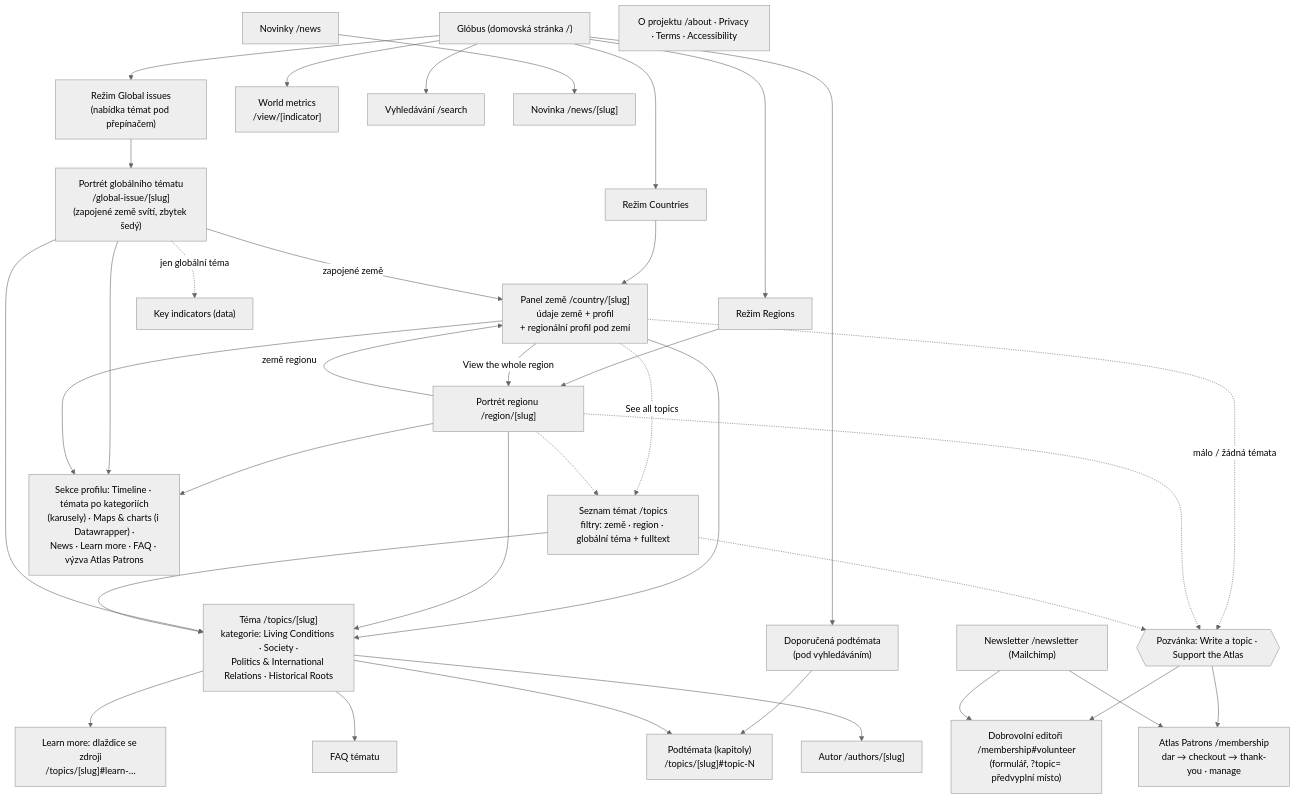
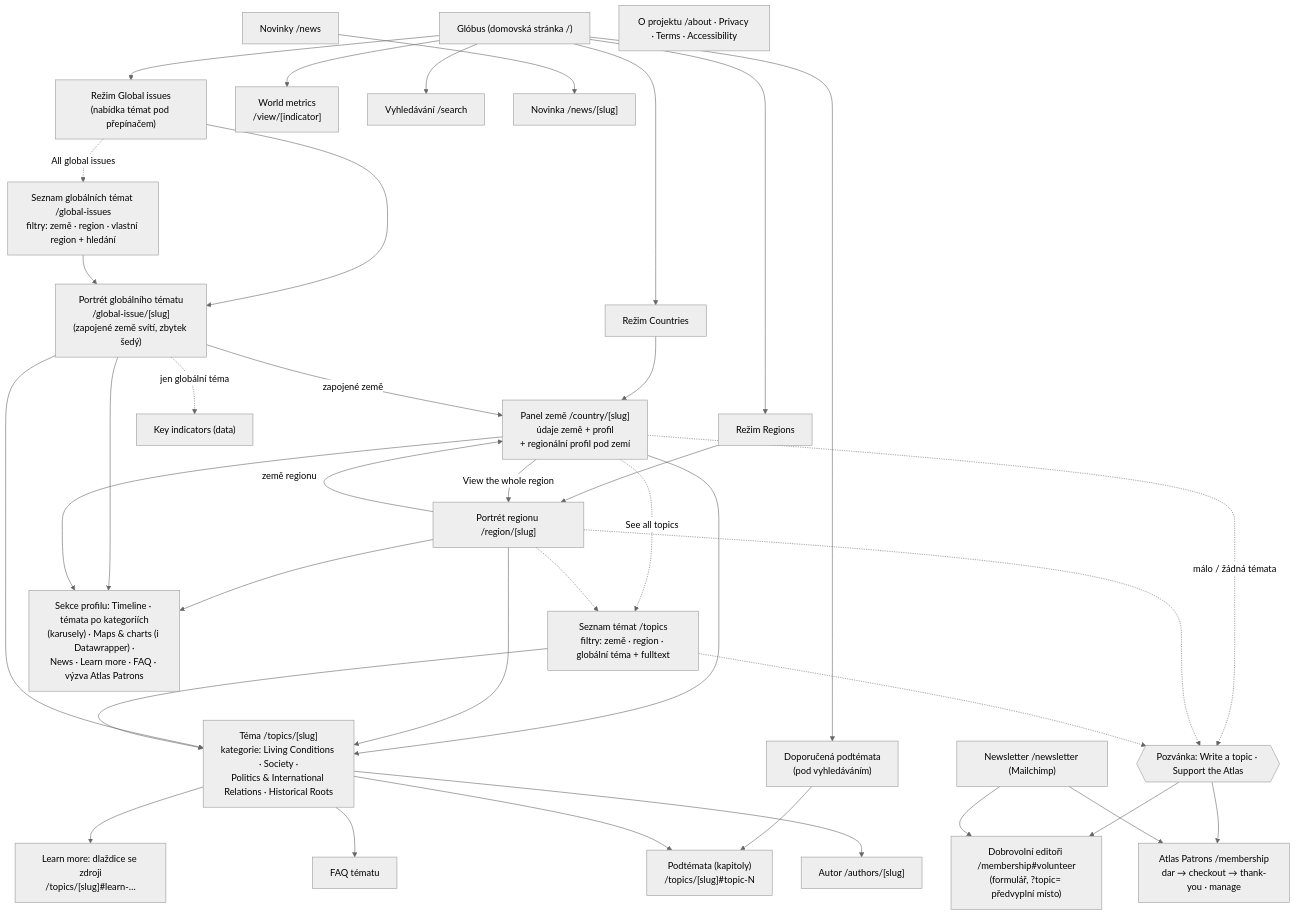
One commit to Atlas-of-Today-s-World/atlas-of-todays-world changed the first of 2 diagrams in docs/architecture/mapa-webu.md. Above: the diagram before and after it, drawn with Mermaid (neutral theme). The commit also changed other lines of this file and 36 other files, not shown here.

First line of the commit message:
feat: Global issues overview page, header item and whole-region assignment

````diff
--- a/docs/architecture/mapa-webu.md
+++ b/docs/architecture/mapa-webu.md
@@ -15,52 +15,54 @@
 ```mermaid
 flowchart TD
   Home["Glóbus (domovská stránka /)"]
   Home --> M1["Režim Countries"]
   Home --> M2["Režim Regions"]
   Home --> M3["Režim Global issues<br/>(nabídka témat pod přepínačem)"]
   Home --> Metrics["World metrics<br/>/view/[indicator]"]
   Home --> Featured["Doporučená podtémata<br/>(pod vyhledáváním)"]
   Home --> Search["Vyhledávání /search"]
 
   M1 --> Country["Panel země /country/[slug]<br/>údaje země + profil<br/>+ regionální profil pod zemí"]
   M2 --> Region["Portrét regionu /region/[slug]"]
   M3 --> Issue["Portrét globálního tématu<br/>/global-issue/[slug]<br/>(zapojené země svítí, zbytek šedý)"]
   Country -->|"View the whole region"| Region
   Region -->|"země regionu"| Country
   Issue -->|"zapojené země"| Country
 
   Country --> Topic
   Region --> Topic
   Issue --> Topic
   Featured --> Subtopic
 
   Topics["Seznam témat /topics<br/>filtry: země · region · globální téma + fulltext"] --> Topic
+  Issues["Seznam globálních témat /global-issues<br/>filtry: země · region · vlastní region + hledání"] --> Issue
+  M3 -.->|"All global issues"| Issues
   Country -.->|"See all topics"| Topics
   Region -.-> Topics
 
   Topic["Téma /topics/[slug]<br/>kategorie: Living Conditions · Society ·<br/>Politics & International Relations · Historical Roots"]
   Topic --> Subtopic["Podtémata (kapitoly)<br/>/topics/[slug]#topic-N"]
   Topic --> LearnMore["Learn more: dlaždice se zdroji<br/>/topics/[slug]#learn-…"]
   Topic --> TopicFaq["FAQ tématu"]
   Topic --> Author["Autor /authors/[slug]"]
 
   Region --> Portrait["Sekce profilu: Timeline · témata po kategoriích<br/>(karusely) · Maps & charts (i Datawrapper) ·<br/>News · Learn more · FAQ · výzva Atlas Patrons"]
   Issue --> Portrait
   Country --> Portrait
   Issue -.->|"jen globální téma"| KeyInd["Key indicators (data)"]
 
   News["Novinky /news"] --> NewsItem["Novinka /news/[slug]"]
 
   Country -.->|"málo / žádná témata"| Invite{{"Pozvánka: Write a topic · Support the Atlas"}}
   Region -.-> Invite
   Topics -.-> Invite
   Invite --> Volunteer
   Invite --> Patrons
 
   Patrons["Atlas Patrons /membership<br/>dar → checkout → thank-you · manage"]
   Volunteer["Dobrovolní editoři /membership#volunteer<br/>(formulář, ?topic= předvyplní místo)"]
   Newsletter["Newsletter /newsletter (Mailchimp)"]
   Newsletter --> Patrons
   Newsletter --> Volunteer
   About["O projektu /about · Privacy · Terms · Accessibility"]
 ```
````
